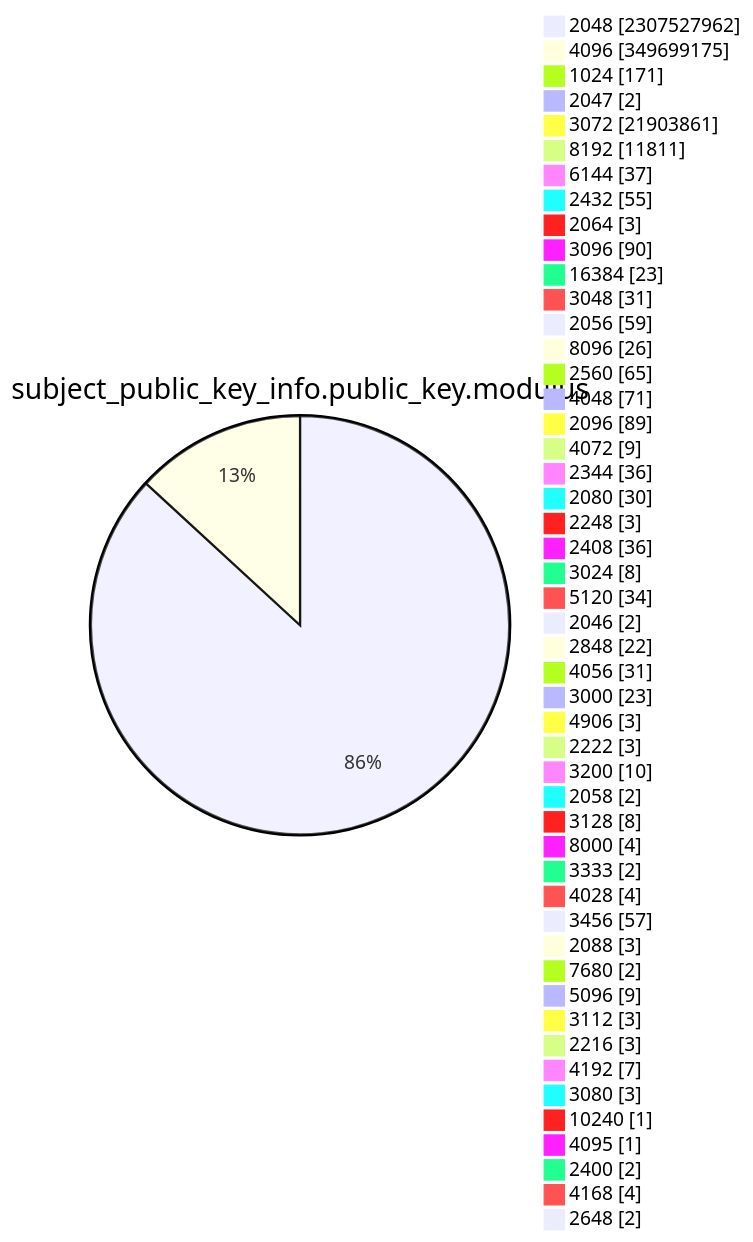
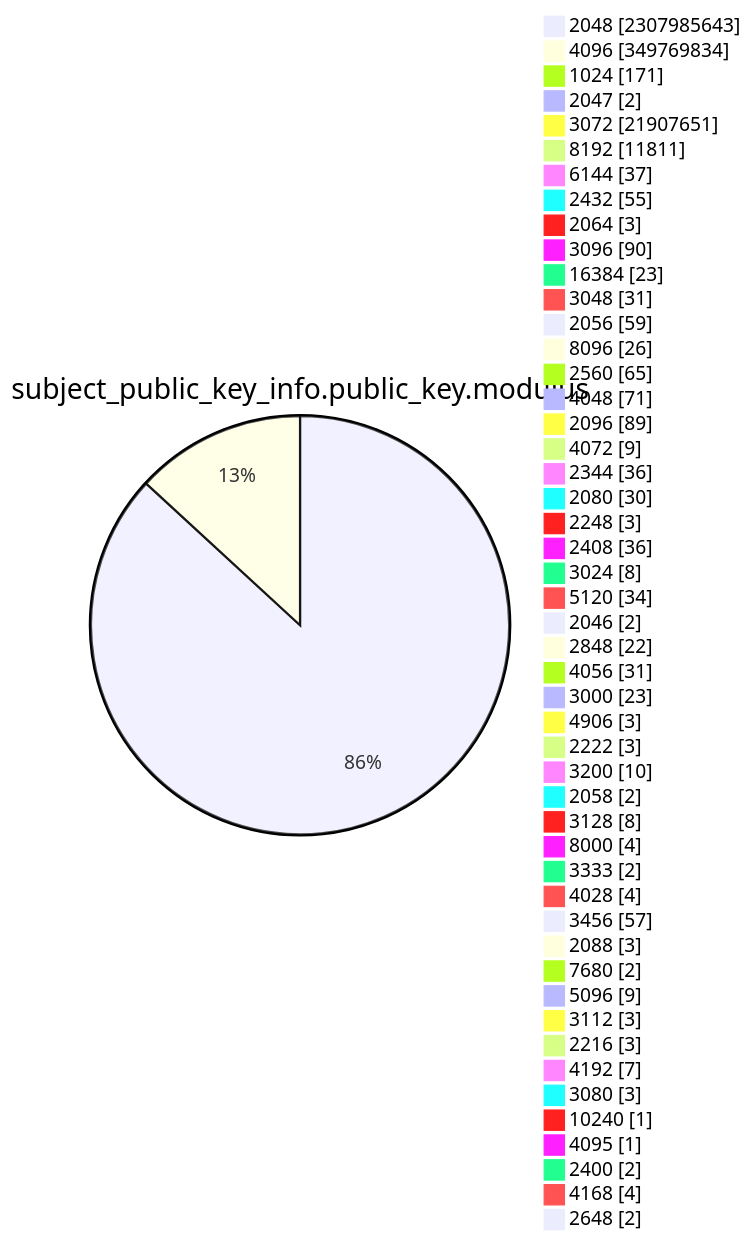
One commit to christiankrug/ctmonitor_visualization changed diagram 13 of 15 in TOTAL/README.md. Above: the diagram before and after it, drawn with Mermaid. The commit also changed other lines of this file, not shown here.

````diff
--- a/TOTAL/README.md
+++ b/TOTAL/README.md
@@ -4167,53 +4167,53 @@
 ```mermaid
 pie showData
 title subject_public_key_info.public_key.modulus
-"2048" :2307527962
-"4096" :349699175
+"2048" :2307985643
+"4096" :349769834
 "1024" :171
 "2047" :2
-"3072" :21903861
+"3072" :21907651
 "8192" :11811
 "6144" :37
 "2432" :55
 "2064" :3
 "3096" :90
 "16384" :23
 "3048" :31
 "2056" :59
 "8096" :26
 "2560" :65
 "4048" :71
 "2096" :89
 "4072" :9
 "2344" :36
 "2080" :30
 "2248" :3
 "2408" :36
 "3024" :8
 "5120" :34
 "2046" :2
 "2848" :22
 "4056" :31
 "3000" :23
 "4906" :3
 "2222" :3
 "3200" :10
 "2058" :2
 "3128" :8
 "8000" :4
 "3333" :2
 "4028" :4
 "3456" :57
 "2088" :3
 "7680" :2
 "5096" :9
 "3112" :3
 "2216" :3
 "4192" :7
 "3080" :3
 "10240" :1
 "4095" :1
 "2400" :2
 "4168" :4
 "2648" :2
 ```
````
